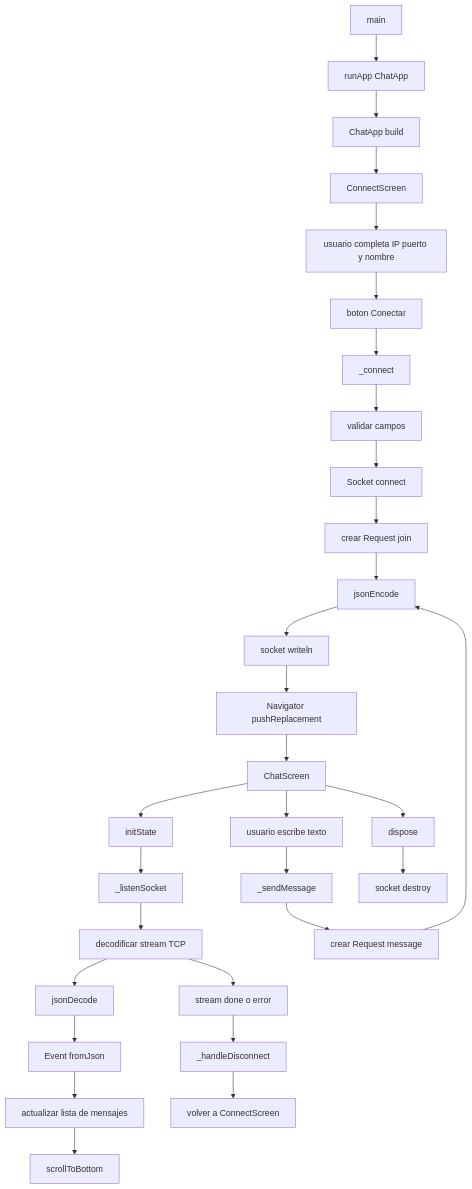
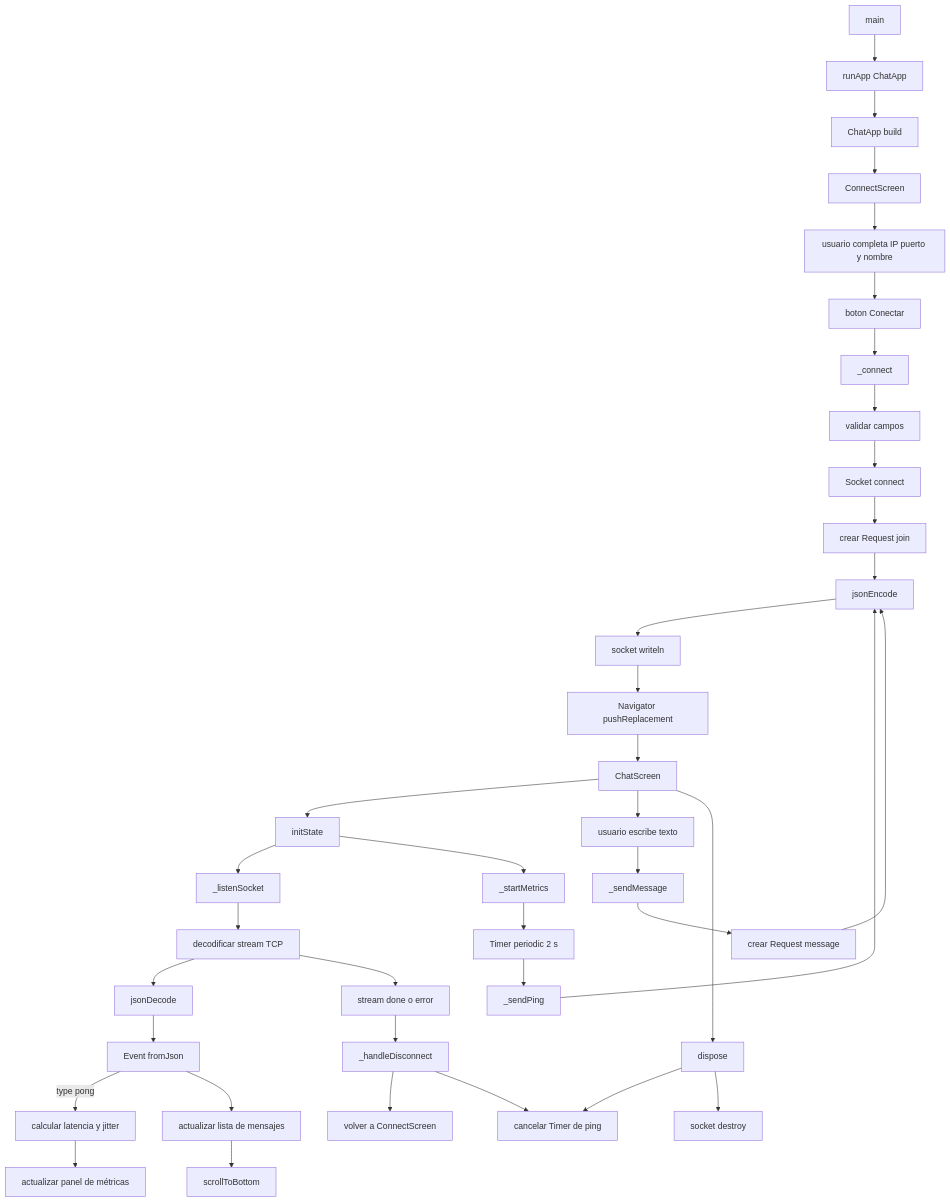
Before and after one commit to lbarragans/Servidor-Local-Chat: the diagram in docs/client-callgraph.md, drawn with Mermaid. The commit also changed other lines of this file and 3 other files, not shown here.

Commit message:
Update callgraphs and interaction diagrams for ping/pong metrics

````diff
--- a/docs/client-callgraph.md
+++ b/docs/client-callgraph.md
@@ -8,32 +8,40 @@
 ```mermaid
 flowchart TD
     A[main] --> B[runApp ChatApp]
     B --> C[ChatApp build]
     C --> D[ConnectScreen]
     D --> E[usuario completa IP puerto y nombre]
     E --> F[boton Conectar]
     F --> G[_connect]
     G --> H[validar campos]
     H --> I[Socket connect]
     I --> J[crear Request join]
     J --> K[jsonEncode]
     K --> L[socket writeln]
     L --> M[Navigator pushReplacement]
     M --> N[ChatScreen]
     N --> O[initState]
     O --> P[_listenSocket]
     P --> Q[decodificar stream TCP]
+    O --> PM[_startMetrics]
+    PM --> PP[Timer periodic 2 s]
+    PP --> PS[_sendPing]
+    PS --> K
     Q --> R[jsonDecode]
     R --> S[Event fromJson]
+    S -->|type pong| PL[calcular latencia y jitter]
+    PL --> PU[actualizar panel de métricas]
     S --> T[actualizar lista de mensajes]
     T --> U[scrollToBottom]
     N --> V[usuario escribe texto]
     V --> W[_sendMessage]
     W --> X[crear Request message]
     X --> K
     Q --> Y[stream done o error]
     Y --> Z[_handleDisconnect]
     Z --> AA[volver a ConnectScreen]
+    Z --> ZT[cancelar Timer de ping]
     N --> AB[dispose]
+    AB --> ZT
     AB --> AC[socket destroy]
 ```
````
